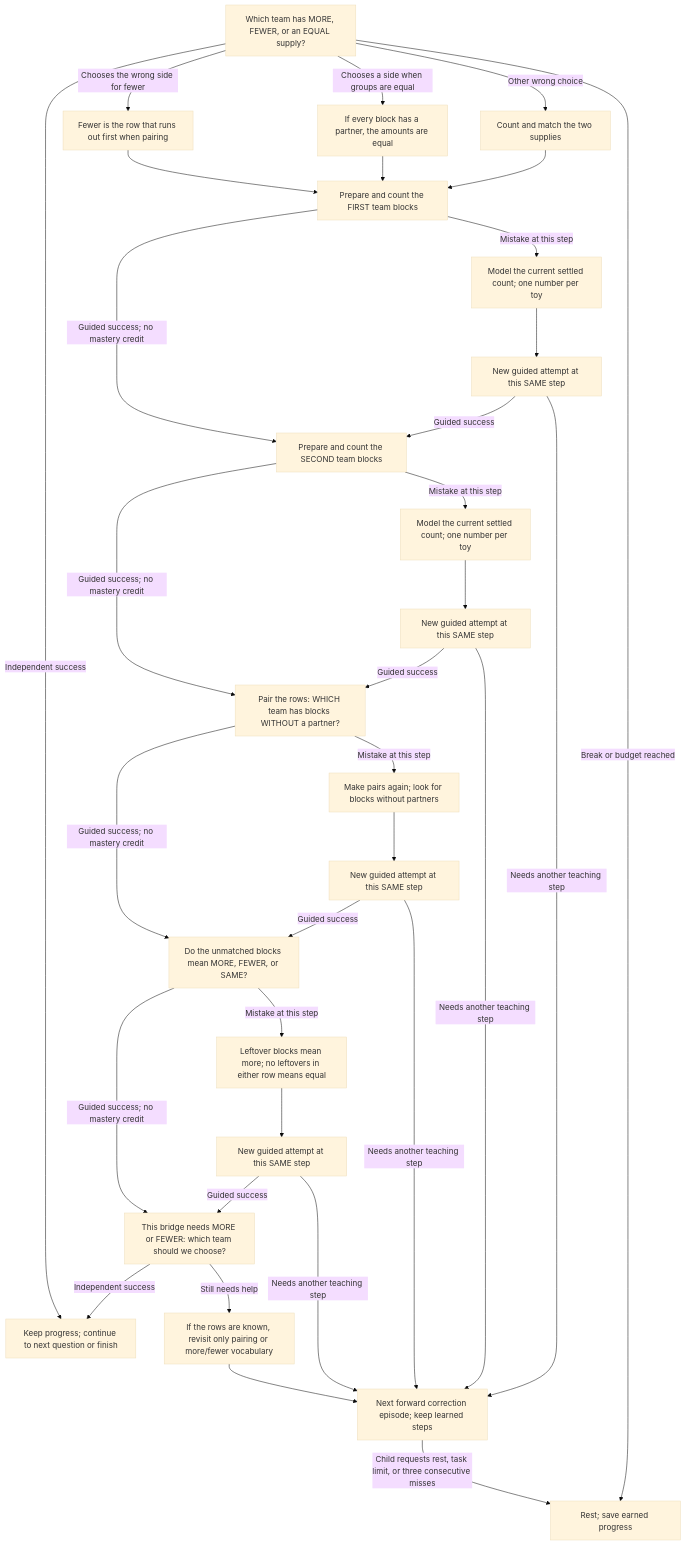
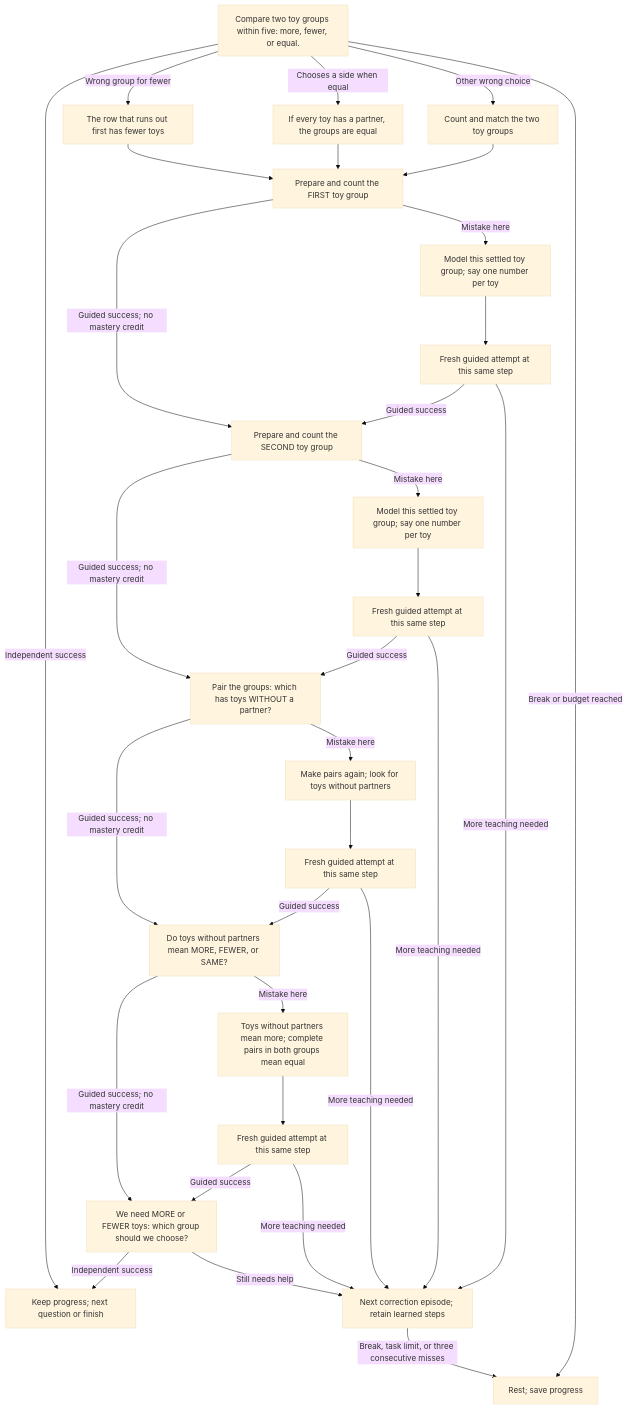
One commit to sealsbroken/unmath changed the diagram in docs/wiki/Lesson-4-Bridge-builders.md. Above: the diagram before and after it, drawn with Mermaid (base theme). The commit also changed other lines of this file and 33 other files, not shown here.

Commit message:
Start directly with real toys and remove pretend roles and adult prompts

````diff
--- a/docs/wiki/Lesson-4-Bridge-builders.md
+++ b/docs/wiki/Lesson-4-Bridge-builders.md
@@ -37,35 +32,34 @@
 ```mermaid
 flowchart TD
-    Choose["Which team has MORE, FEWER, or an EQUAL supply?"] -->|"Independent success"| Done["Keep progress; continue to next question or finish"]
-    Choose -->|"Chooses the wrong side for fewer"| E0["Fewer is the row that runs out first when pairing"]
+    Start["Compare two toy groups within five: more, fewer, or equal."] -->|"Independent success"| Done["Keep progress; next question or finish"]
+    Start -->|"Wrong group for fewer"| E0["The row that runs out first has fewer toys"]
     E0 --> S0
-    Choose -->|"Chooses a side when groups are equal"| E1["If every block has a partner, the amounts are equal"]
+    Start -->|"Chooses a side when equal"| E1["If every toy has a partner, the groups are equal"]
     E1 --> S0
-    Choose -->|"Other wrong choice"| E2["Count and match the two supplies"]
+    Start -->|"Other wrong choice"| E2["Count and match the two toy groups"]
     E2 --> S0
-    S0["Prepare and count the FIRST team blocks"] -->|"Guided success; no mastery credit"| S1
-    S0 -->|"Mistake at this step"| H0["Model the current settled count; one number per toy"]
-    H0 --> R0["New guided attempt at this SAME step"]
+    S0["Prepare and count the FIRST toy group"] -->|"Guided success; no mastery credit"| S1
+    S0 -->|"Mistake here"| H0["Model this settled toy group; say one number per toy"]
+    H0 --> R0["Fresh guided attempt at this same step"]
     R0 -->|"Guided success"| S1
-    R0 -->|"Needs another teaching step"| Continue["Next forward correction episode; keep learned steps"]
-    S1["Prepare and count the SECOND team blocks"] -->|"Guided success; no mastery credit"| S2
-    S1 -->|"Mistake at this step"| H1["Model the current settled count; one number per toy"]
-    H1 --> R1["New guided attempt at this SAME step"]
+    R0 -->|"More teaching needed"| Continue["Next correction episode; retain learned steps"]
+    S1["Prepare and count the SECOND toy group"] -->|"Guided success; no mastery credit"| S2
+    S1 -->|"Mistake here"| H1["Model this settled toy group; say one number per toy"]
+    H1 --> R1["Fresh guided attempt at this same step"]
     R1 -->|"Guided success"| S2
-    R1 -->|"Needs another teaching step"| Continue["Next forward correction episode; keep learned steps"]
-    S2["Pair the rows: WHICH team has blocks WITHOUT a partner?"] -->|"Guided success; no mastery credit"| S3
-    S2 -->|"Mistake at this step"| H2["Make pairs again; look for blocks without partners"]
-    H2 --> R2["New guided attempt at this SAME step"]
+    R1 -->|"More teaching needed"| Continue["Next correction episode; retain learned steps"]
+    S2["Pair the groups: which has toys WITHOUT a partner?"] -->|"Guided success; no mastery credit"| S3
+    S2 -->|"Mistake here"| H2["Make pairs again; look for toys without partners"]
+    H2 --> R2["Fresh guided attempt at this same step"]
     R2 -->|"Guided success"| S3
-    R2 -->|"Needs another teaching step"| Continue["Next forward correction episode; keep learned steps"]
-    S3["Do the unmatched blocks mean MORE, FEWER, or SAME?"] -->|"Guided success; no mastery credit"| Follow
-    S3 -->|"Mistake at this step"| H3["Leftover blocks mean more; no leftovers in either row means equal"]
-    H3 --> R3["New guided attempt at this SAME step"]
+    R2 -->|"More teaching needed"| Continue["Next correction episode; retain learned steps"]
+    S3["Do toys without partners mean MORE, FEWER, or SAME?"] -->|"Guided success; no mastery credit"| Follow
+    S3 -->|"Mistake here"| H3["Toys without partners mean more; complete pairs in both groups mean equal"]
+    H3 --> R3["Fresh guided attempt at this same step"]
     R3 -->|"Guided success"| Follow
-    R3 -->|"Needs another teaching step"| Continue["Next forward correction episode; keep learned steps"]
-    Follow["This bridge needs MORE or FEWER: which team should we choose?"] -->|"Independent success"| Done
-    Follow -->|"Still needs help"| Focus["If the rows are known, revisit only pairing or more/fewer vocabulary"]
-    Focus --> Continue
-    Choose -->|"Break or budget reached"| Rest["Rest; save earned progress"]
-    Continue -->|"Child requests rest, task limit, or three consecutive misses"| Rest
+    R3 -->|"More teaching needed"| Continue["Next correction episode; retain learned steps"]
+    Follow["We need MORE or FEWER toys: which group should we choose?"] -->|"Independent success"| Done
+    Follow -->|"Still needs help"| Continue
+    Start -->|"Break or budget reached"| Rest["Rest; save progress"]
+    Continue -->|"Break, task limit, or three consecutive misses"| Rest
 ```
````
